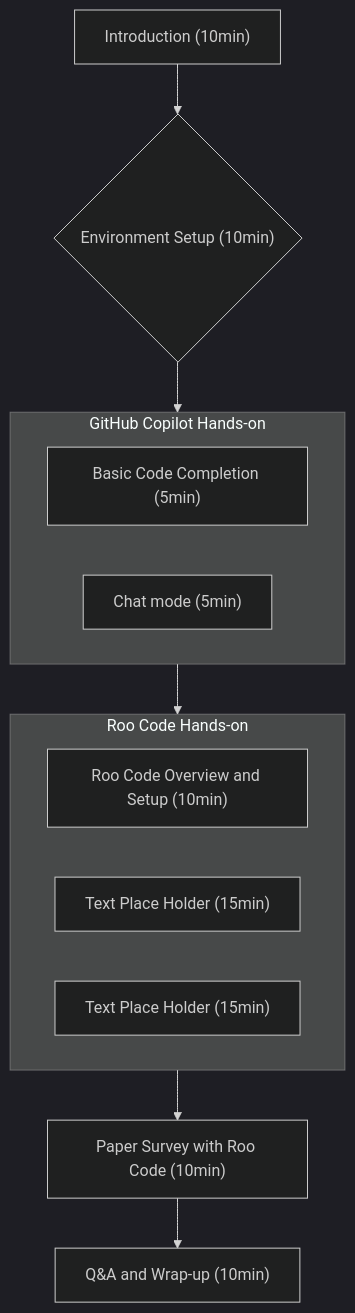
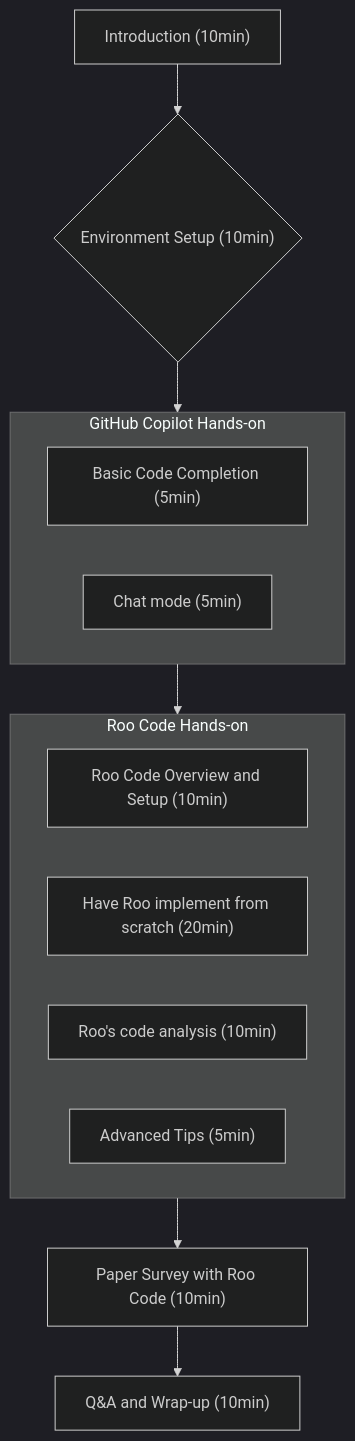
Before and after one commit to yutaka-shoji/ai-coding-workshop: the diagram in README.md, drawn with Mermaid (dark theme).

````diff
--- a/README.md
+++ b/README.md
@@ -60,19 +60,20 @@
 ```mermaid
 graph TD
     A["Introduction (10min)"] --> B{"Environment Setup (10min)"};
     B --> C["GitHub Copilot Hands-on (10min)"];
     C --> D["Roo Code Hands-on (40min)"];
     D --> E["Paper Survey with Roo Code (10min)"];
     E --> F["Q&A and Wrap-up (10min)"];
 
     subgraph C [GitHub Copilot Hands-on]
         C1["Basic Code Completion (5min)"]
         C2["Chat mode (5min)"]
     end
 
     subgraph D [Roo Code Hands-on]
-        E1["Roo Code Overview and Setup (10min)"]
-        E2["Text Place Holder (15min)"]
-        E3["Text Place Holder (15min)"]
+        D1["Roo Code Overview and Setup (10min)"]
+        D2["Have Roo implement from scratch (20min)"]
+        D3["Roo's code analysis (10min)"]
+        D4["Advanced Tips (5min)"]
     end
 ```
````
